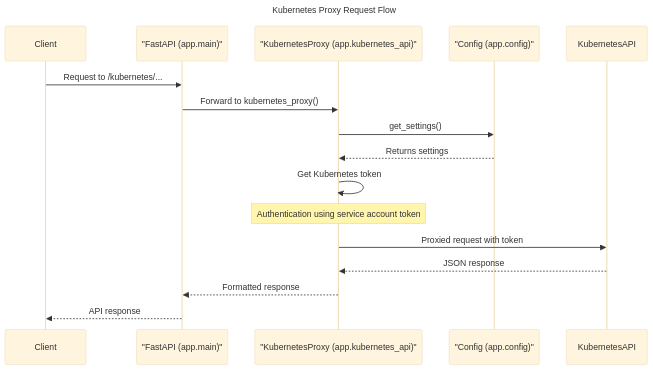
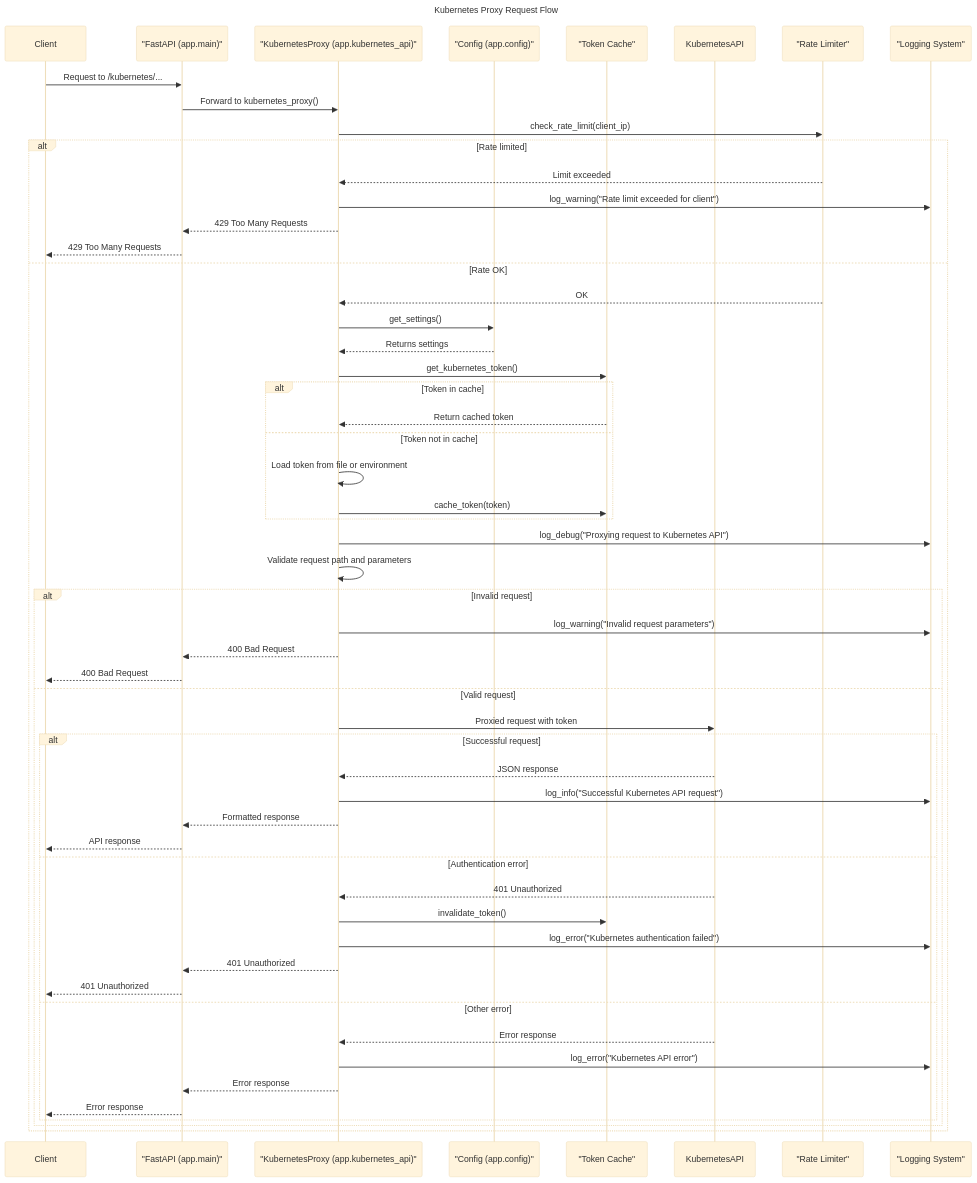
One commit to lloydchang/tvp-k8s changed the diagram in fastapi/mermaid/kubernetes-proxy-sequence.mermaid. Above: the diagram before and after it, drawn with Mermaid (base theme). The commit also changed 4 other files, not shown here.

```diff
--- a/fastapi/mermaid/kubernetes-proxy-sequence.mermaid
+++ b/fastapi/mermaid/kubernetes-proxy-sequence.mermaid
@@ -1,19 +1,63 @@
 sequenceDiagram
     title: Kubernetes Proxy Request Flow
     participant Client
     participant FastAPI as "FastAPI (app.main)"
     participant KubernetesProxy as "KubernetesProxy (app.kubernetes_api)"
     participant Config as "Config (app.config)"
+    participant Cache as "Token Cache"
     participant KubernetesAPI
+    participant RateLimiter as "Rate Limiter"
+    participant Logger as "Logging System"
     
     Client->>FastAPI: Request to /kubernetes/...
     FastAPI->>KubernetesProxy: Forward to kubernetes_proxy()
-    KubernetesProxy->>Config: get_settings()
-    Config-->>KubernetesProxy: Returns settings
+    KubernetesProxy->>RateLimiter: check_rate_limit(client_ip)
     
-    KubernetesProxy->>KubernetesProxy: Get Kubernetes token
-    Note over KubernetesProxy: Authentication using service account token
-    KubernetesProxy->>KubernetesAPI: Proxied request with token
-    KubernetesAPI-->>KubernetesProxy: JSON response
-    KubernetesProxy-->>FastAPI: Formatted response
-    FastAPI-->>Client: API response
+    alt Rate limited
+        RateLimiter-->>KubernetesProxy: Limit exceeded
+        KubernetesProxy->>Logger: log_warning("Rate limit exceeded for client")
+        KubernetesProxy-->>FastAPI: 429 Too Many Requests
+        FastAPI-->>Client: 429 Too Many Requests
+    else Rate OK
+        RateLimiter-->>KubernetesProxy: OK
+        
+        KubernetesProxy->>Config: get_settings()
+        Config-->>KubernetesProxy: Returns settings
+        
+        KubernetesProxy->>Cache: get_kubernetes_token()
+        alt Token in cache
+            Cache-->>KubernetesProxy: Return cached token
+        else Token not in cache
+            KubernetesProxy->>KubernetesProxy: Load token from file or environment
+            KubernetesProxy->>Cache: cache_token(token)
+        end
+        
+        KubernetesProxy->>Logger: log_debug("Proxying request to Kubernetes API")
+        KubernetesProxy->>KubernetesProxy: Validate request path and parameters
+        
+        alt Invalid request
+            KubernetesProxy->>Logger: log_warning("Invalid request parameters")
+            KubernetesProxy-->>FastAPI: 400 Bad Request
+            FastAPI-->>Client: 400 Bad Request
+        else Valid request
+            KubernetesProxy->>KubernetesAPI: Proxied request with token
+            
+            alt Successful request
+                KubernetesAPI-->>KubernetesProxy: JSON response
+                KubernetesProxy->>Logger: log_info("Successful Kubernetes API request")
+                KubernetesProxy-->>FastAPI: Formatted response
+                FastAPI-->>Client: API response
+            else Authentication error
+                KubernetesAPI-->>KubernetesProxy: 401 Unauthorized
+                KubernetesProxy->>Cache: invalidate_token()
+                KubernetesProxy->>Logger: log_error("Kubernetes authentication failed")
+                KubernetesProxy-->>FastAPI: 401 Unauthorized
+                FastAPI-->>Client: 401 Unauthorized
+            else Other error
+                KubernetesAPI-->>KubernetesProxy: Error response
+                KubernetesProxy->>Logger: log_error("Kubernetes API error")
+                KubernetesProxy-->>FastAPI: Error response
+                FastAPI-->>Client: Error response
+            end
+        end
+    end
```
